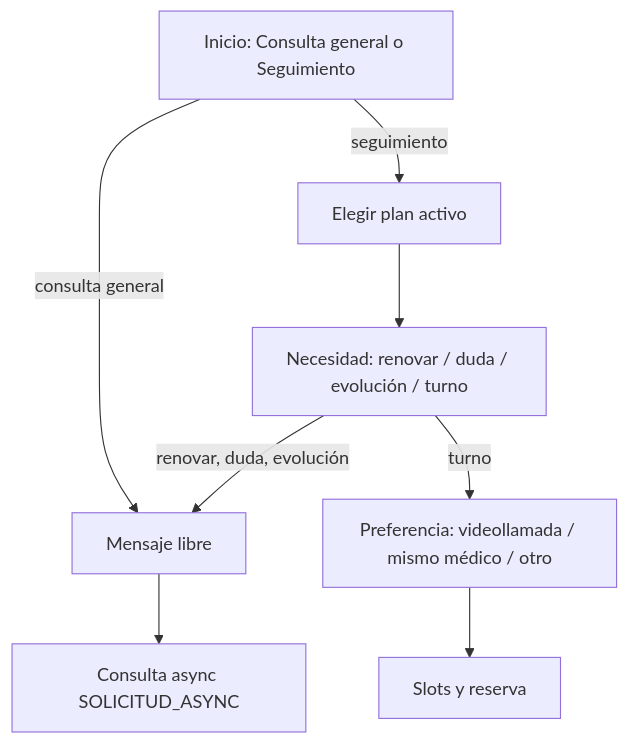
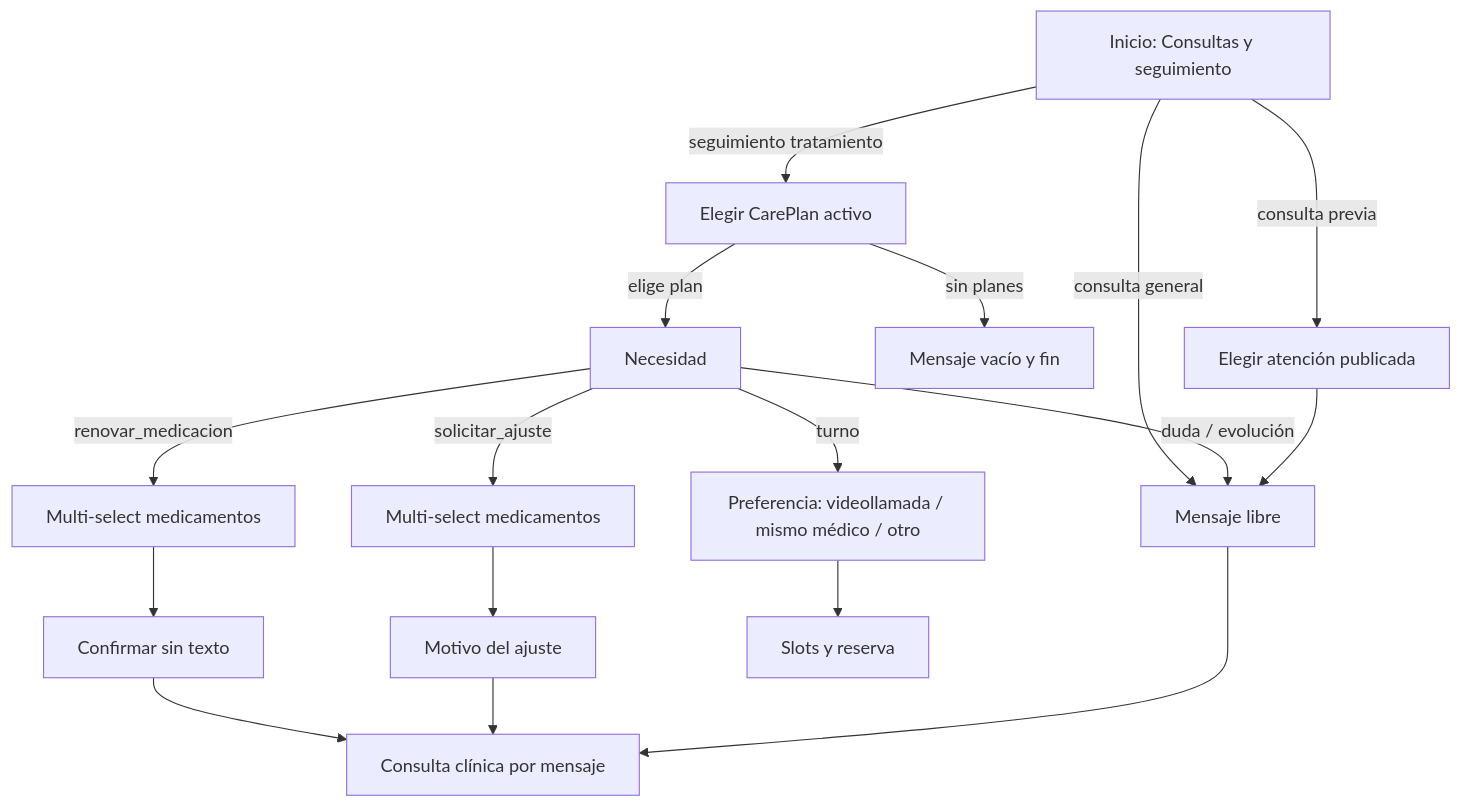
One commit to luischanferoni/bioenlace changed the diagram in web/docs/producto/consultas-seguimiento.md. Above: the diagram before and after it, drawn with Mermaid. The commit also changed other lines of this file and 61 other files, not shown here.

````diff
--- a/web/docs/producto/consultas-seguimiento.md
+++ b/web/docs/producto/consultas-seguimiento.md
@@ -24,11 +37,20 @@
 ```mermaid
 flowchart TD
-  IN[Inicio: Consulta general o Seguimiento]
+  IN[Inicio: Consultas y seguimiento]
   IN -->|consulta general| MSG[Mensaje libre]
-  IN -->|seguimiento| PLAN[Elegir plan activo]
-  PLAN --> NEC[Necesidad: renovar / duda / evolución / turno]
-  NEC -->|renovar, duda, evolución| MSG
+  IN -->|seguimiento tratamiento| PLAN[Elegir CarePlan activo]
+  IN -->|consulta previa| ENC[Elegir atención publicada]
+  PLAN -->|sin planes| STOP[Mensaje vacío y fin]
+  PLAN -->|elige plan| NEC[Necesidad]
+  NEC -->|renovar_medicacion| MEDR[Multi-select medicamentos]
+  MEDR --> CONFR[Confirmar sin texto]
+  NEC -->|solicitar_ajuste| MEDA[Multi-select medicamentos]
+  MEDA --> MOT[Motivo del ajuste]
+  NEC -->|duda / evolución| MSG
   NEC -->|turno| MOD[Preferencia: videollamada / mismo médico / otro]
   MOD --> SLOTS[Slots y reserva]
-  MSG --> ASYNC[Consulta async SOLICITUD_ASYNC]
+  ENC --> MSG
+  CONFR --> ASYNC[Consulta clínica por mensaje]
+  MOT --> ASYNC
+  MSG --> ASYNC
 ```
````
